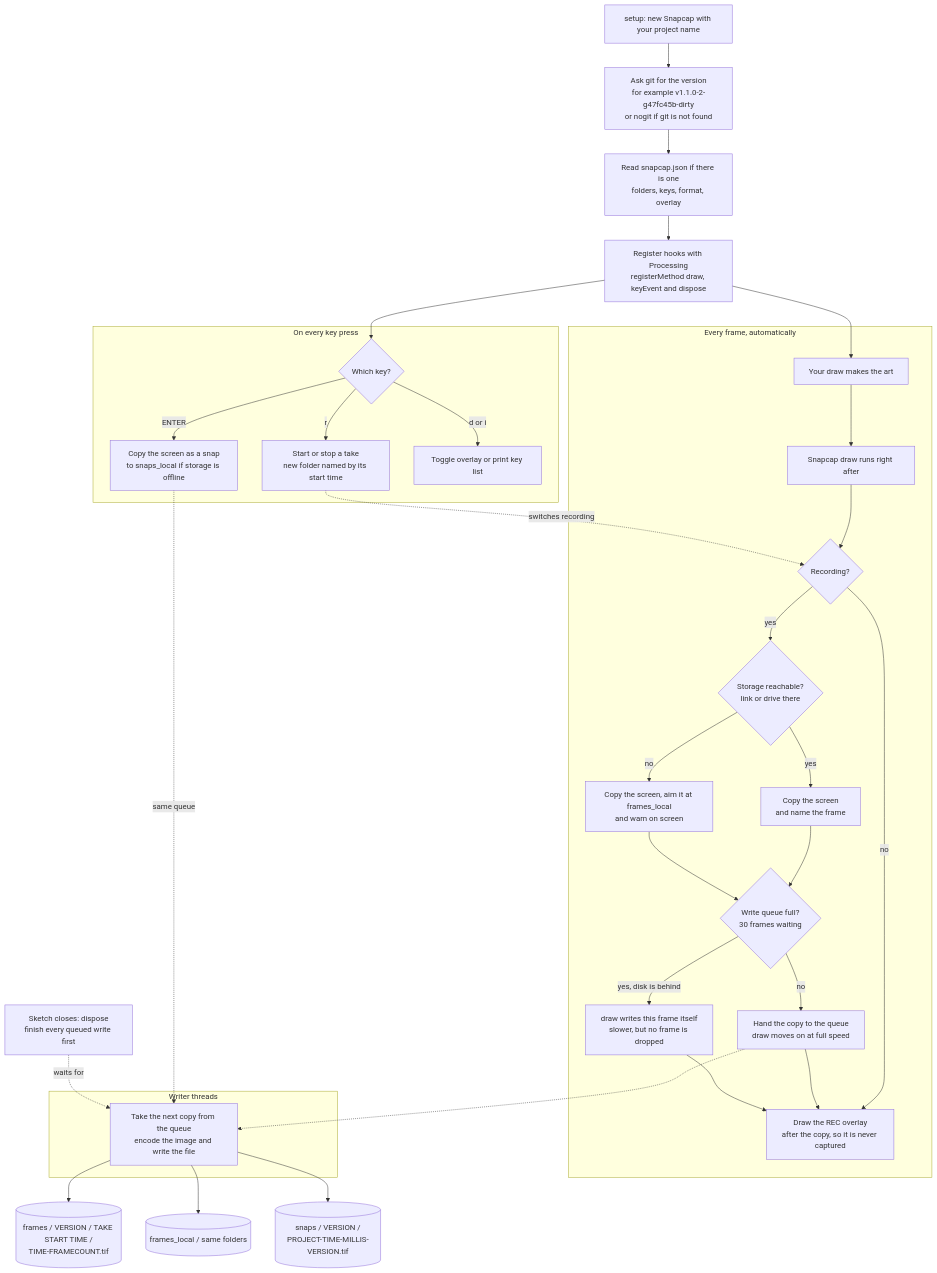
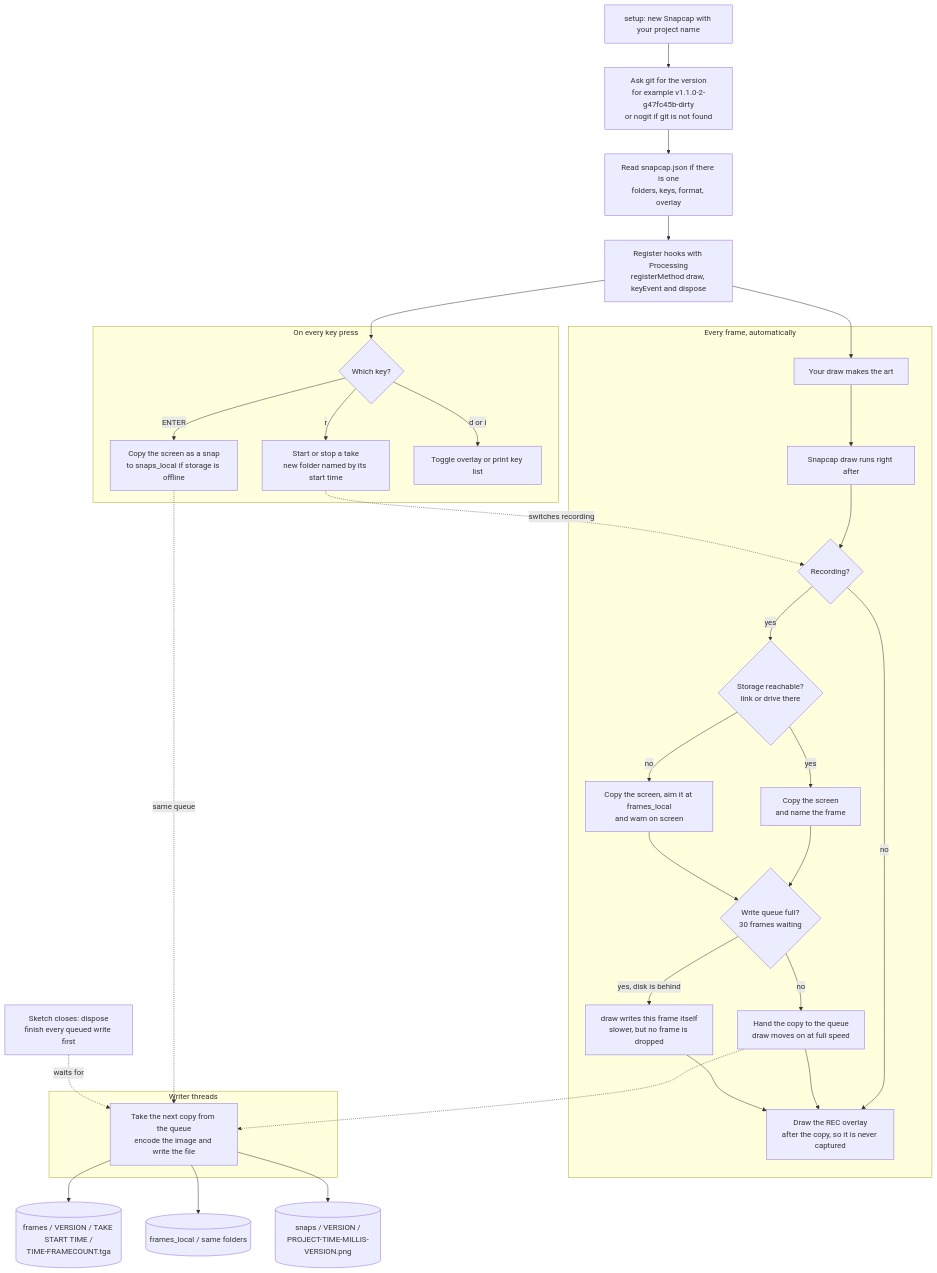
The diagram in docs/diagrams/how-it-works.mmd (jaycody/snapcap), drawn with Mermaid before and after one commit. The commit also changed 6 other files, not shown here.

First line of the commit message:
Default to TGA frames and PNG snaps instead of TIFF

```diff
--- a/docs/diagrams/how-it-works.mmd
+++ b/docs/diagrams/how-it-works.mmd
@@ -1,43 +1,43 @@
 flowchart TD
     A["setup: new Snapcap with your project name"] --> G["Ask git for the version<br/>for example v1.1.0-2-g47fc45b-dirty<br/>or nogit if git is not found"]
     G --> CF["Read snapcap.json if there is one<br/>folders, keys, format, overlay"]
     CF --> R["Register hooks with Processing<br/>registerMethod draw, keyEvent and dispose"]
 
     subgraph EVERY ["Every frame, automatically"]
         D1["Your draw makes the art"] --> D2["Snapcap draw runs right after"]
         D2 --> Q{"Recording?"}
         Q -->|yes| ST{"Storage reachable?<br/>link or drive there"}
         ST -->|yes| CP["Copy the screen<br/>and name the frame"]
         ST -->|no| CL["Copy the screen, aim it at frames_local<br/>and warn on screen"]
         CP --> QF{"Write queue full?<br/>30 frames waiting"}
         CL --> QF
         QF -->|no| EN["Hand the copy to the queue<br/>draw moves on at full speed"]
         QF -->|"yes, disk is behind"| SELF["draw writes this frame itself<br/>slower, but no frame is dropped"]
         Q -->|no| OV["Draw the REC overlay<br/>after the copy, so it is never captured"]
         EN --> OV
         SELF --> OV
     end
 
     subgraph WRITERS ["Writer threads"]
         W["Take the next copy from the queue<br/>encode the image and write the file"]
     end
 
     subgraph KEYS ["On every key press"]
         K{"Which key?"}
         K -->|r| T["Start or stop a take<br/>new folder named by its start time"]
         K -->|ENTER| S["Copy the screen as a snap<br/>to snaps_local if storage is offline"]
         K -->|d or i| H["Toggle overlay or print key list"]
     end
 
     X["Sketch closes: dispose<br/>finish every queued write first"]
 
     R --> D1
     R --> K
     T -.->|switches recording| Q
     EN -.-> W
     S -.->|same queue| W
     X -.->|waits for| W
 
-    W --> FR[("frames / VERSION / TAKE START TIME /<br/>TIME-FRAMECOUNT.tif")]
+    W --> FR[("frames / VERSION / TAKE START TIME /<br/>TIME-FRAMECOUNT.tga")]
     W --> FL[("frames_local / same folders")]
-    W --> SN[("snaps / VERSION /<br/>PROJECT-TIME-MILLIS-VERSION.tif")]
+    W --> SN[("snaps / VERSION /<br/>PROJECT-TIME-MILLIS-VERSION.png")]
```
